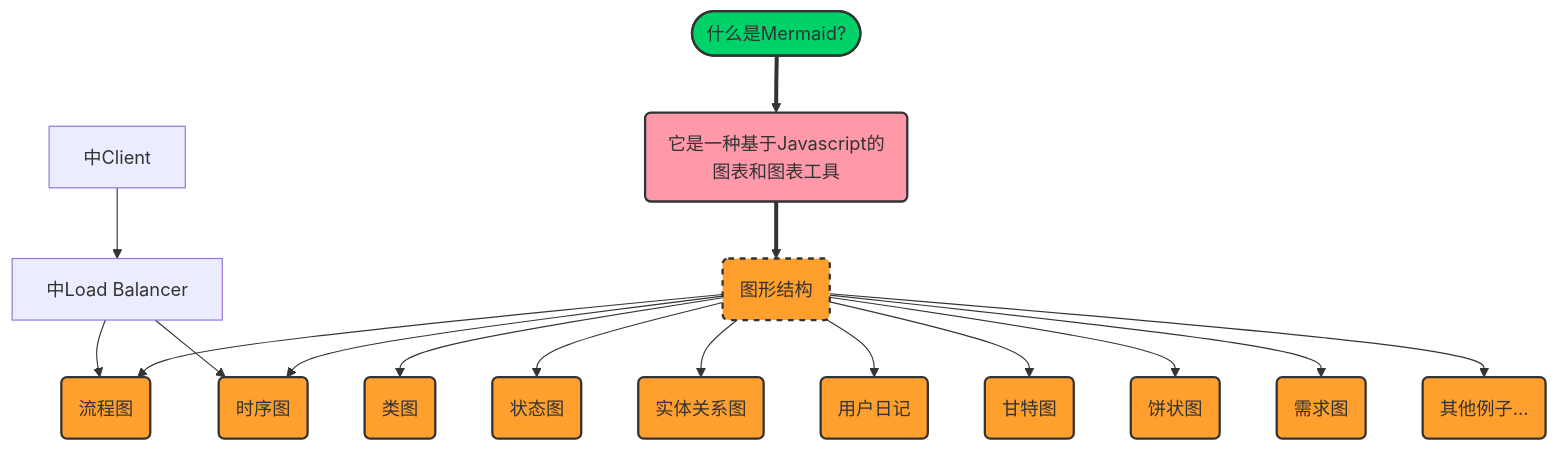
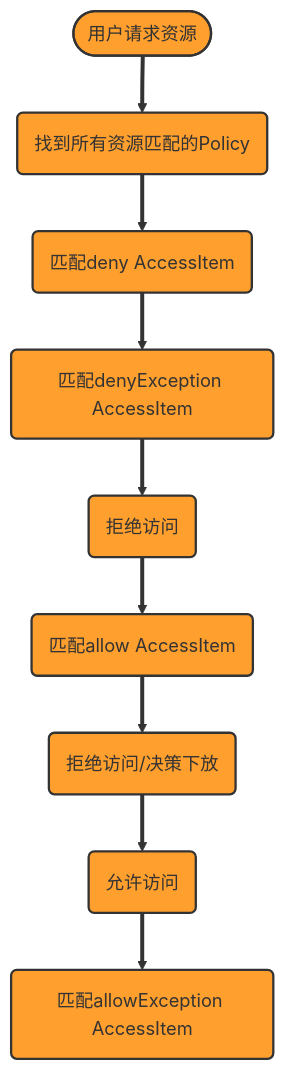
Before and after one commit to cftang/paddle-test: the diagram in chart.md, drawn with Mermaid.

````diff
--- a/chart.md
+++ b/chart.md
@@ -1,24 +1,26 @@
 ```mermaid
 graph TD
-      xA[中Client] --> xB[中Load Balancer]
-      xB --> C[中Server1]
-      xB --> D[中Server2]
+   A([用户请求资源])
+ ==> B(找到所有资源匹配的Policy)
+==> C(匹配deny AccessItem)
+==> D(匹配denyException AccessItem)
+==> E(拒绝访问)
 
-	A([什么是Mermaid?]) ==> B(它是一种基于Javascript的图表和图表工具) ==> a(图形结构)
-	style A fill:#00d26a, stroke: #333,stroke-width: 2px
-	style B fill:#f9a, stroke: #333, stroke-width: 2px;
-	
-	a --> C(流程图) & D(时序图) & E(类图) & F(状态图) & G(实体关系图) & H(用户日记) & I(甘特图) & K(饼状图) & L(需求图) & M(其他例子...)
-	
-	style a fill:#ff9f2e, stroke: #333, stroke-width: 2px, stroke-dasharray: 5 5;
+==> F(匹配allow AccessItem)
+==> G(拒绝访问/决策下放)
+
+==> H(允许访问)
+==> I(匹配allowException AccessItem)
+
+
+	style A fill:#ff9f2e, stroke: #333, stroke-width: 2px;
+	style B fill:#ff9f2e, stroke: #333, stroke-width: 2px;
 	style C fill:#ff9f2e, stroke: #333, stroke-width: 2px;
 	style D fill:#ff9f2e, stroke: #333, stroke-width: 2px;
 	style E fill:#ff9f2e, stroke: #333, stroke-width: 2px;
 	style F fill:#ff9f2e, stroke: #333, stroke-width: 2px;
 	style G fill:#ff9f2e, stroke: #333, stroke-width: 2px;
 	style H fill:#ff9f2e, stroke: #333, stroke-width: 2px;
 	style I fill:#ff9f2e, stroke: #333, stroke-width: 2px;
-	style K fill:#ff9f2e, stroke: #333, stroke-width: 2px;
-	style L fill:#ff9f2e, stroke: #333, stroke-width: 2px;
-	style M fill:#ff9f2e, stroke: #333, stroke-width: 2px;
+	
 ```
````
